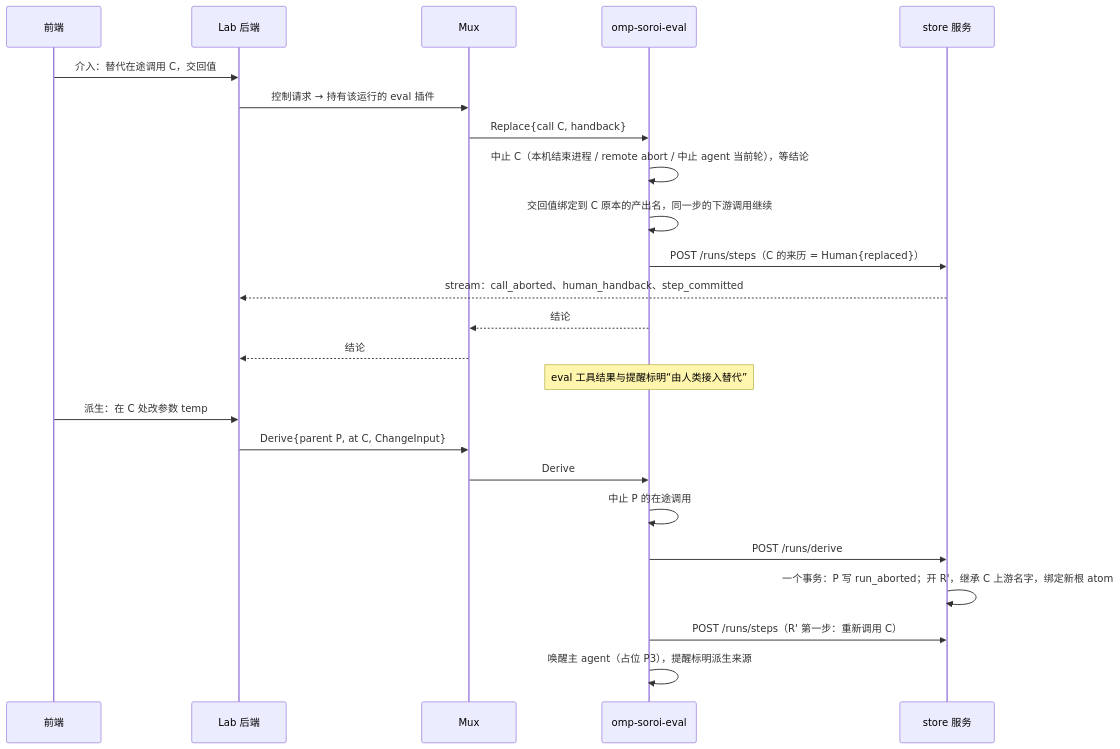
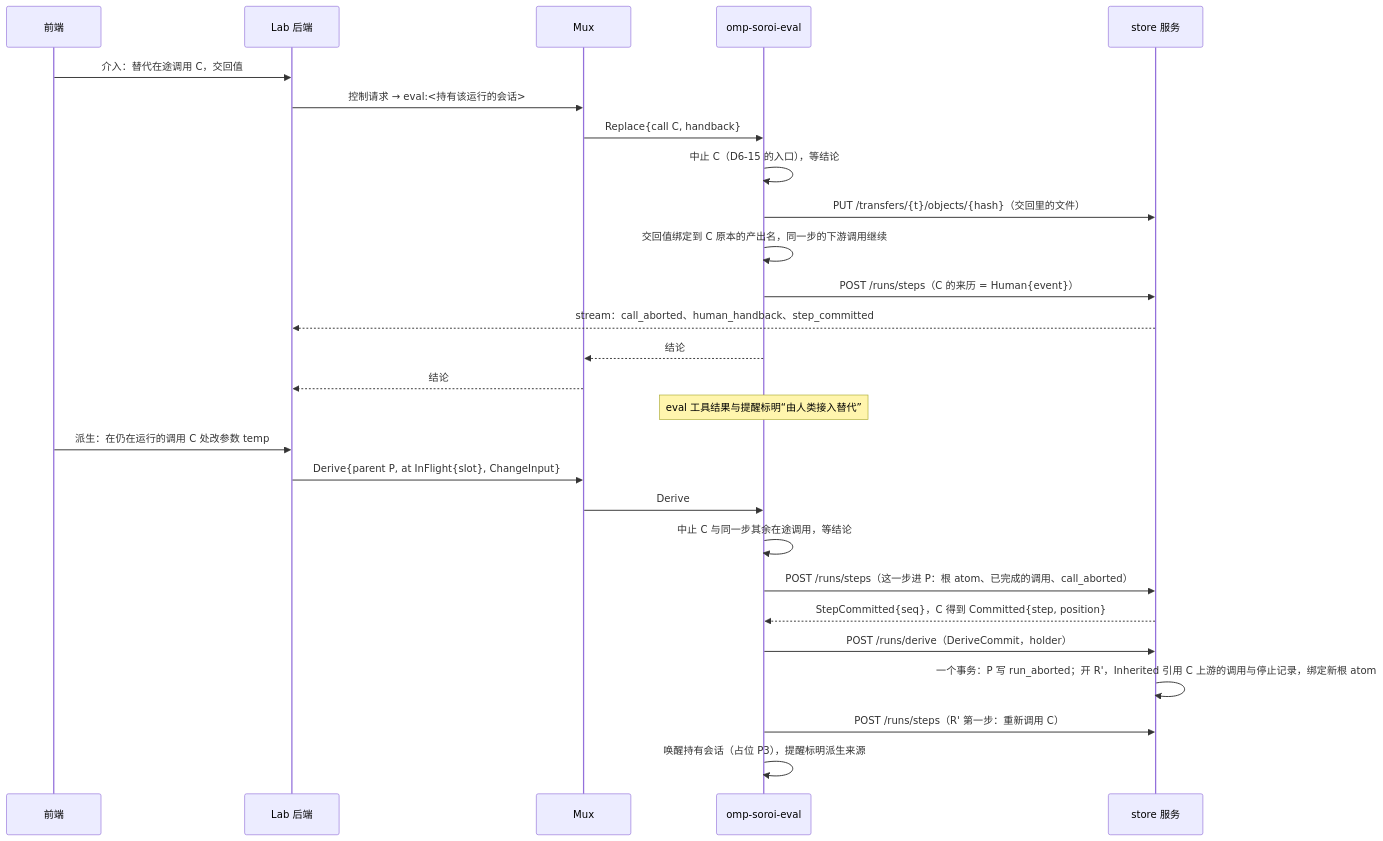
The second of 2 diagrams in evidence/decisions/D6-store-service.md (Pepgent/PM), drawn with Mermaid before and after one commit. The commit also changed other lines of this file and 22 other files, not shown here.

````diff
--- a/evidence/decisions/D6-store-service.md
+++ b/evidence/decisions/D6-store-service.md
@@ -194,26 +228,29 @@
 ```mermaid
 sequenceDiagram
   participant GUI as 前端
   participant LAB as Lab 后端
   participant MUX as Mux
   participant EV as omp-soroi-eval
   participant ST as store 服务
   GUI->>LAB: 介入：替代在途调用 C，交回值
-  LAB->>MUX: 控制请求 → 持有该运行的 eval 插件
+  LAB->>MUX: 控制请求 → eval:<持有该运行的会话>
   MUX->>EV: Replace{call C, handback}
-  EV->>EV: 中止 C（本机结束进程 / remote abort / 中止 agent 当前轮），等结论
+  EV->>EV: 中止 C（D6-15 的入口），等结论
+  EV->>ST: PUT /transfers/{t}/objects/{hash}（交回里的文件）
   EV->>EV: 交回值绑定到 C 原本的产出名，同一步的下游调用继续
-  EV->>ST: POST /runs/steps（C 的来历 = Human{replaced}）
+  EV->>ST: POST /runs/steps（C 的来历 = Human{event}）
   ST-->>LAB: stream：call_aborted、human_handback、step_committed
   EV-->>MUX: 结论
   MUX-->>LAB: 结论
   Note over EV: eval 工具结果与提醒标明“由人类接入替代”
-  GUI->>LAB: 派生：在 C 处改参数 temp
-  LAB->>MUX: Derive{parent P, at C, ChangeInput}
+  GUI->>LAB: 派生：在仍在运行的调用 C 处改参数 temp
+  LAB->>MUX: Derive{parent P, at InFlight{slot}, ChangeInput}
   MUX->>EV: Derive
-  EV->>EV: 中止 P 的在途调用
-  EV->>ST: POST /runs/derive
-  ST->>ST: 一个事务：P 写 run_aborted；开 R'，继承 C 上游名字，绑定新根 atom
+  EV->>EV: 中止 C 与同一步其余在途调用，等结论
+  EV->>ST: POST /runs/steps（这一步进 P：根 atom、已完成的调用、call_aborted）
+  ST-->>EV: StepCommitted{seq}，C 得到 Committed{step, position}
+  EV->>ST: POST /runs/derive（DeriveCommit，holder）
+  ST->>ST: 一个事务：P 写 run_aborted；开 R'，Inherited 引用 C 上游的调用与停止记录，绑定新根 atom
   EV->>ST: POST /runs/steps（R' 第一步：重新调用 C）
-  EV->>EV: 唤醒主 agent（占位 P3），提醒标明派生来源
+  EV->>EV: 唤醒持有会话（占位 P3），提醒标明派生来源
 ```
````
